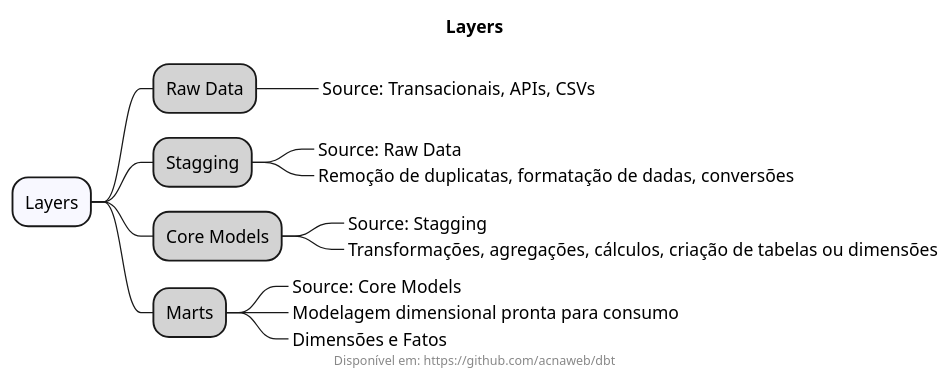
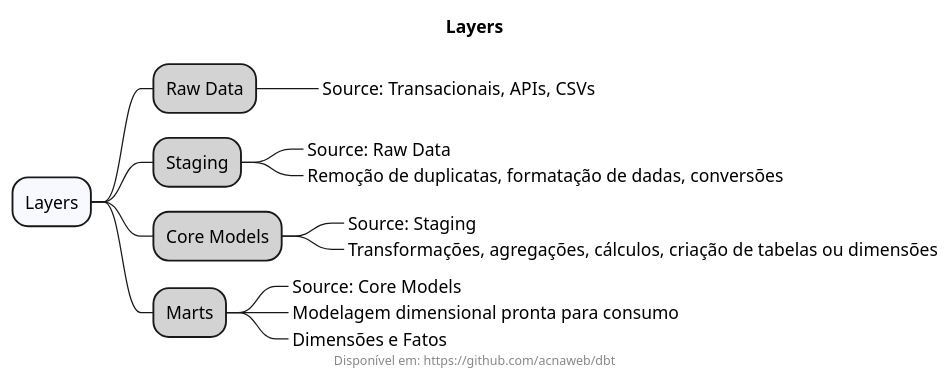
The diagram in diagrams/modeling.puml (acnaweb/dbt), drawn with PlantUML before and after one commit. The commit also changed 18 other files, not shown here.

```diff
--- a/diagrams/modeling.puml
+++ b/diagrams/modeling.puml
@@ -1,25 +1,25 @@
 @startmindmap
 
 title "Layers"
 footer Disponível em: https://github.com/acnaweb/dbt
 
 *[#F8F8FF]  Layers
 
 **[#LightGray] Raw Data
 ***_ Source: Transacionais, APIs, CSVs
 
-**[#LightGray] Stagging
+**[#LightGray] Staging
 ***_ Source: Raw Data
 ***_ Remoção de duplicatas, formatação de dadas, conversões
 
 **[#LightGray] Core Models
-***_ Source: Stagging
+***_ Source: Staging
 ***_ Transformações, agregações, cálculos, criação de tabelas ou dimensões
 
 **[#LightGray] Marts
 ***_ Source: Core Models
 ***_ Modelagem dimensional pronta para consumo
 ***_ Dimensões e Fatos
 
 
 @endmindmap
```
